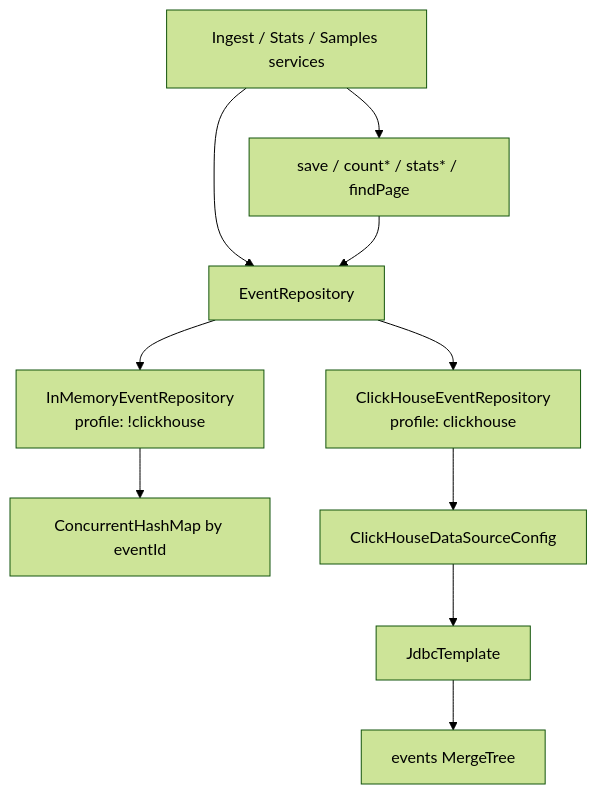
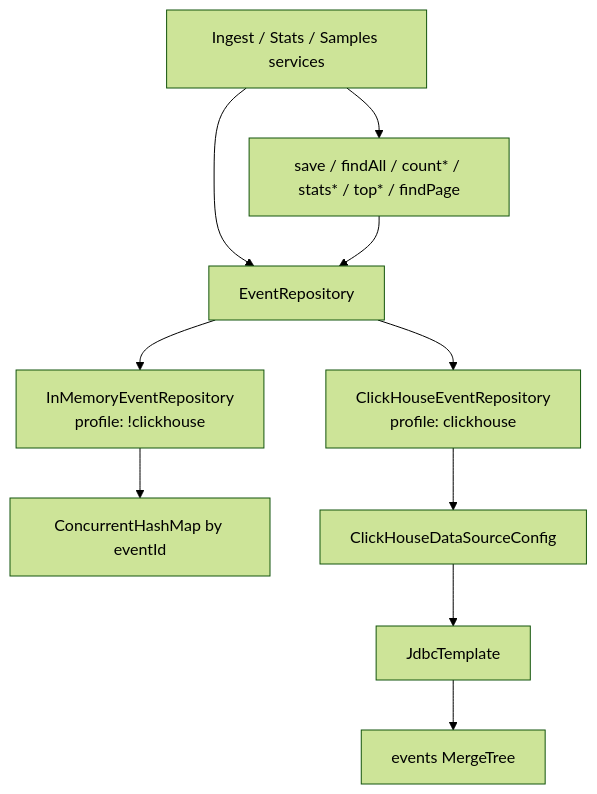
One commit to oreltop/Mini-Security-Analytics-Pipeline changed the diagram in docs/storage.md. Above: the diagram before and after it, drawn with Mermaid (forest theme). The commit also changed other lines of this file and 9 other files, not shown here.

````diff
--- a/docs/storage.md
+++ b/docs/storage.md
@@ -9,12 +9,12 @@
 ```mermaid
 flowchart TD
   App["Ingest / Stats / Samples services"] --> Repo["EventRepository"]
   Repo --> Mem["InMemoryEventRepository\nprofile: !clickhouse"]
   Repo --> CH["ClickHouseEventRepository\nprofile: clickhouse"]
   Mem --> Map["ConcurrentHashMap by eventId"]
   CH --> Cfg["ClickHouseDataSourceConfig"]
   Cfg --> JDBC["JdbcTemplate"]
   JDBC --> Table["events MergeTree"]
-  App --> Save["save / count* / stats* / findPage"]
-  Save --> Repo
+  App --> Api["save / findAll / count* / stats* / top* / findPage"]
+  Api --> Repo
 ```
````
